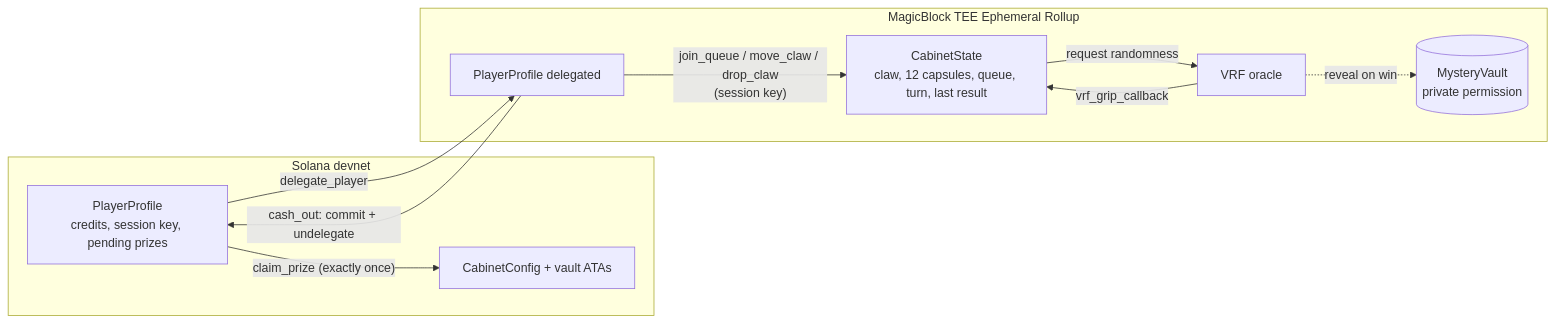
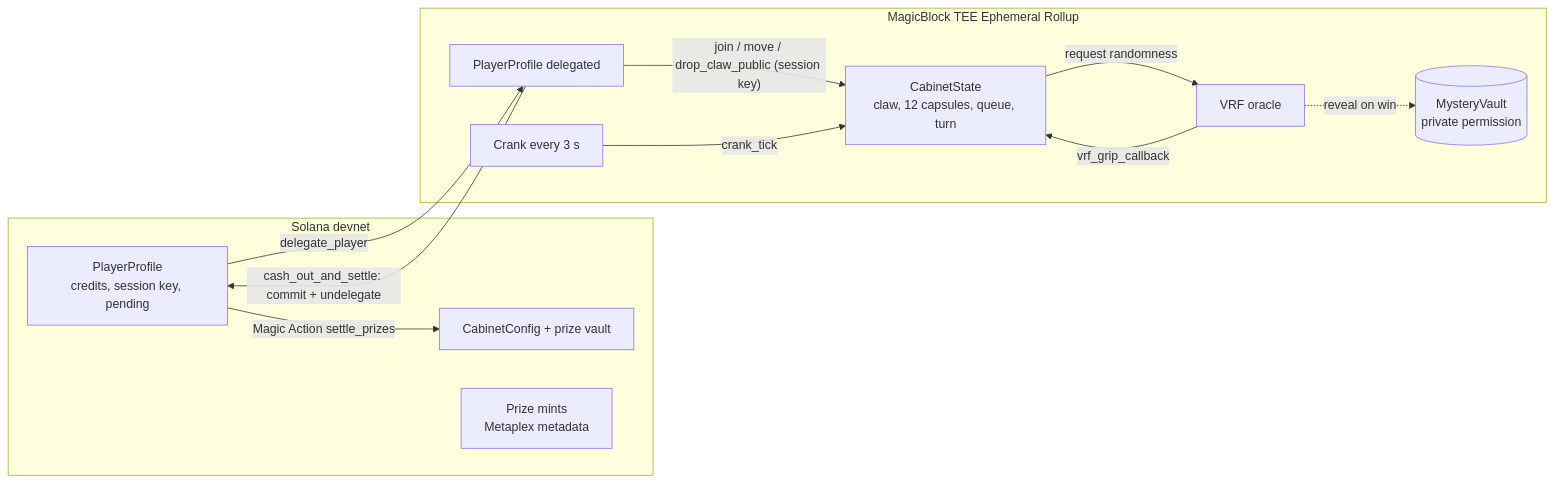
The first of 2 diagrams in README.md (LSUDOKO/ClawRush), drawn with Mermaid before and after one commit. The commit also changed other lines of this file, not shown here.

````diff
--- a/README.md
+++ b/README.md
@@ -80,20 +115,23 @@
 ```mermaid
 flowchart LR
   subgraph L1["Solana devnet"]
-    CFG[CabinetConfig + vault ATAs]
-    PROF1[PlayerProfile<br/>credits, session key, pending prizes]
+    CFG[CabinetConfig + prize vault]
+    PROF1[PlayerProfile<br/>credits, session key, pending]
+    MINTS[Prize mints<br/>Metaplex metadata]
   end
   subgraph ER["MagicBlock TEE Ephemeral Rollup"]
-    CAB[CabinetState<br/>claw, 12 capsules, queue, turn, last result]
+    CAB[CabinetState<br/>claw, 12 capsules, queue, turn]
     PROF2[PlayerProfile delegated]
     MYS[(MysteryVault<br/>private permission)]
     VRF[VRF oracle]
+    CRANK[Crank every 3 s]
   end
-  PROF1 -- "delegate_player" --> PROF2
-  PROF2 -- "join_queue / move_claw / drop_claw<br/>(session key)" --> CAB
-  CAB -- "request randomness" --> VRF
-  VRF -- "vrf_grip_callback" --> CAB
-  VRF -. "reveal on win" .-> MYS
-  PROF2 -- "cash_out: commit + undelegate" --> PROF1
-  PROF1 -- "claim_prize (exactly once)" --> CFG
+  PROF1 -- delegate_player --> PROF2
+  PROF2 -- "join / move / drop_claw_public (session key)" --> CAB
+  CAB -- request randomness --> VRF
+  VRF -- vrf_grip_callback --> CAB
+  VRF -. reveal on win .-> MYS
+  CRANK -- crank_tick --> CAB
+  PROF2 -- "cash_out_and_settle: commit + undelegate" --> PROF1
+  PROF1 -- "Magic Action settle_prizes" --> CFG
 ```
````
